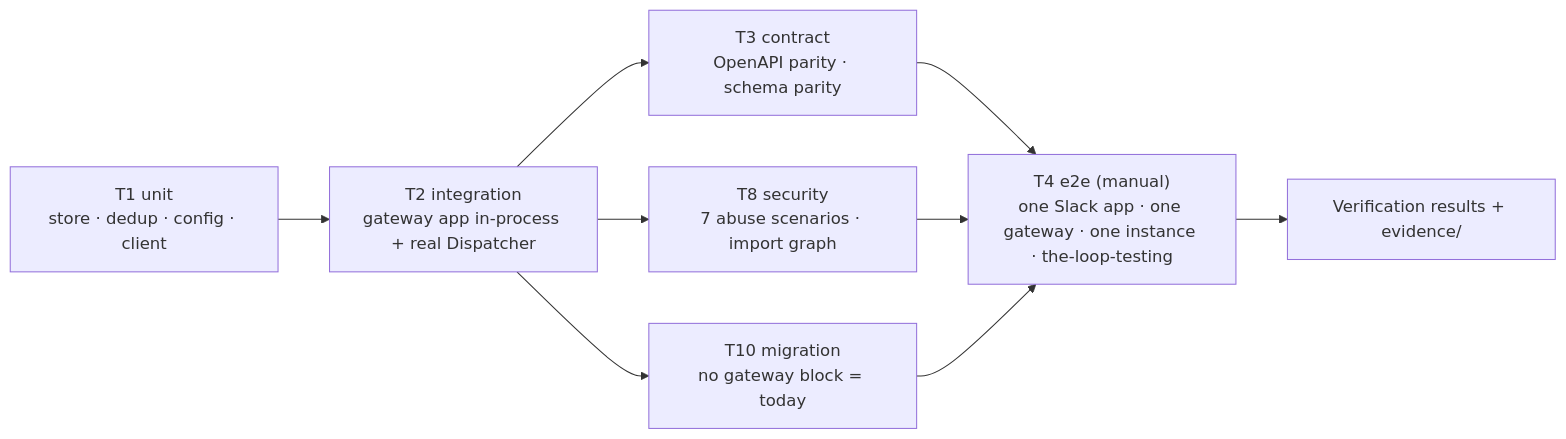
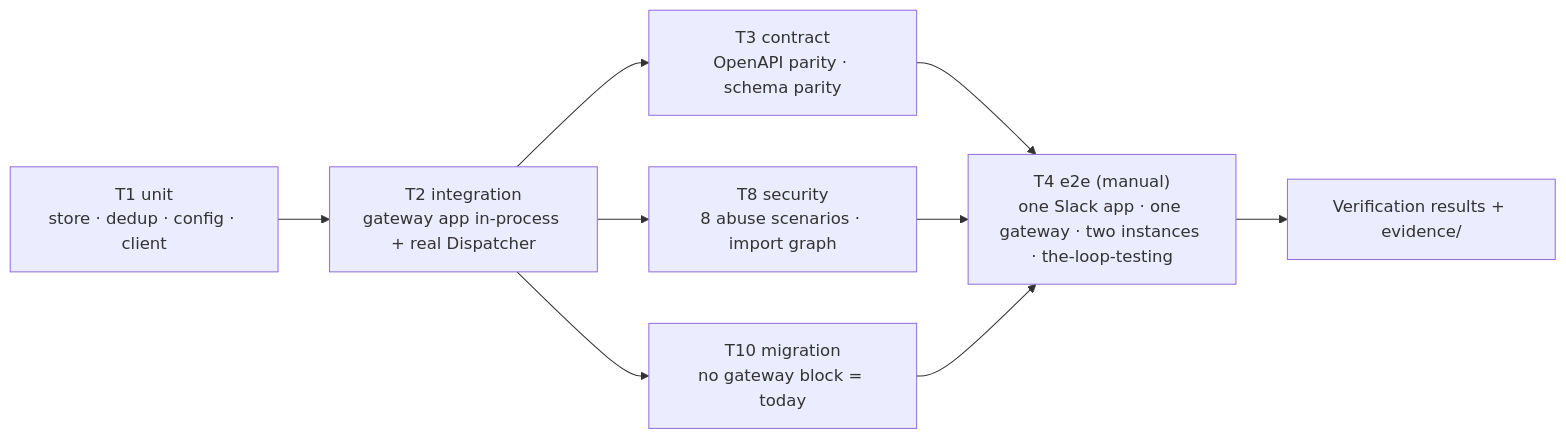
One commit to MadaraUchiha-314/the-loop changed the diagram in docs/specs/issue-496/testing-plan.md. Above: the diagram before and after it, drawn with Mermaid. The commit also changed other lines of this file and 2 other files, not shown here.

First line of the commit message:
docs(issue-496): design + testing plan — re-derive for pull consumption and per-instance queues

````diff
--- a/docs/specs/issue-496/testing-plan.md
+++ b/docs/specs/issue-496/testing-plan.md
@@ -29,9 +30,9 @@
 ```mermaid
 flowchart LR
   U["T1 unit<br/>store · dedup · config · client"] --> I["T2 integration<br/>gateway app in-process + real Dispatcher"]
   I --> C["T3 contract<br/>OpenAPI parity · schema parity"]
-  I --> S["T8 security<br/>7 abuse scenarios · import graph"]
+  I --> S["T8 security<br/>8 abuse scenarios · import graph"]
   I --> M["T10 migration<br/>no gateway block = today"]
-  C & S & M --> E["T4 e2e (manual)<br/>one Slack app · one gateway · one instance · the-loop-testing"]
+  C & S & M --> E["T4 e2e (manual)<br/>one Slack app · one gateway · two instances · the-loop-testing"]
   E --> V["Verification results + evidence/"]
 ```
````
